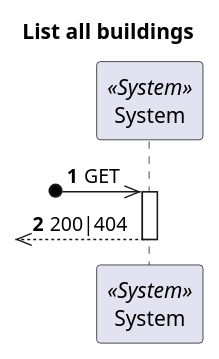
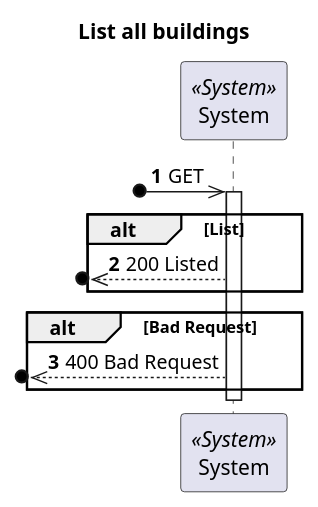
Before and after one commit to 1210910/lapr5: the diagram in docs/Vista Processo/US170/ProcessView_Level1_US170.puml, drawn with PlantUML. The commit also changed 14 other files, not shown here.

Commit message:
Update Level 3 Process Diagrams

```diff
--- a/docs/Vista Processo/US170/ProcessView_Level1_US170.puml
+++ b/docs/Vista Processo/US170/ProcessView_Level1_US170.puml
@@ -1,18 +1,23 @@
 @startuml
 'https://plantuml.com/sequence-diagram
 
 autonumber
 skinparam packageStyle rect
 
 title List all buildings
 
 participant "System" as Sys <<System>>
 
 ?o->> Sys : GET
 
 activate Sys
-?o<<-- Sys : 200|404
+alt List
+   ?o<<--Sys : 200 Listed
+end
+alt Bad Request
+   ?o<<--Sys : 400 Bad Request
+end
 deactivate Sys
 
 
 @enduml
```
